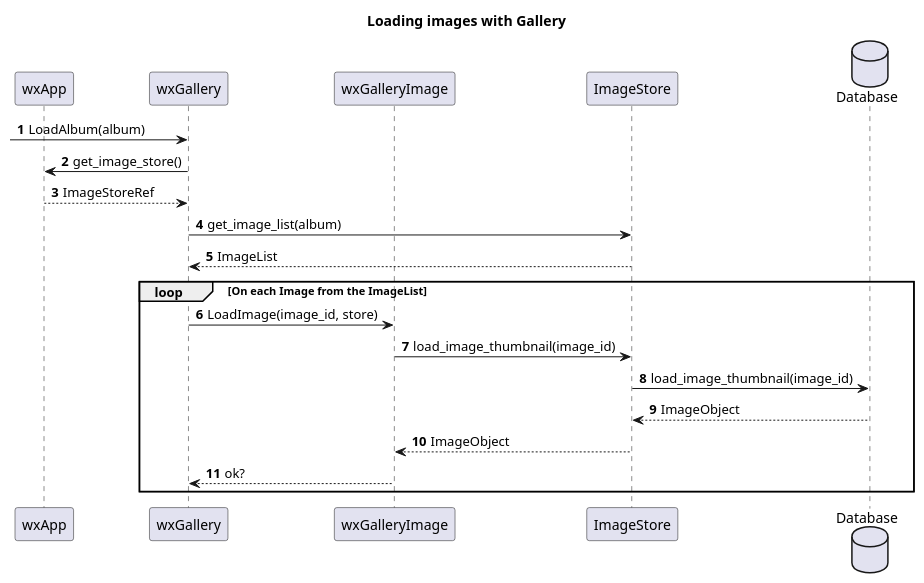
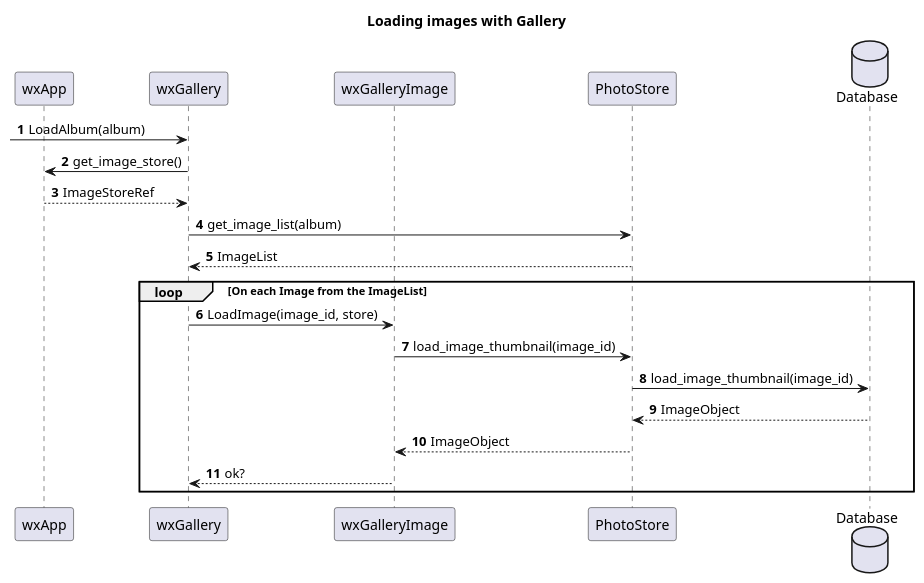
The diagram in docs/image-loading.puml (jorgemb/image-manager), drawn with PlantUML before and after one commit. The commit also changed 12 other files, not shown here.

```diff
--- a/docs/image-loading.puml
+++ b/docs/image-loading.puml
@@ -1,28 +1,28 @@
 @startuml
 'https://plantuml.com/sequence-diagram
 
 title Loading images with Gallery
 participant     wxApp as app
 participant     wxGallery as gallery
 participant     wxGalleryImage as image
-participant     ImageStore as store
+participant     PhotoStore as store
 database        Database as db
 
 autonumber
 
 -> gallery : LoadAlbum(album)
 gallery -> app : get_image_store()
 app --> gallery : ImageStoreRef
 gallery -> store : get_image_list(album)
 store --> gallery : ImageList
 
 loop On each Image from the ImageList
     gallery -> image : LoadImage(image_id, store)
     image -> store : load_image_thumbnail(image_id)
     store -> db : load_image_thumbnail(image_id)
     db --> store : ImageObject
     store --> image : ImageObject
     image --> gallery : ok?
 end
 
 @enduml
```
